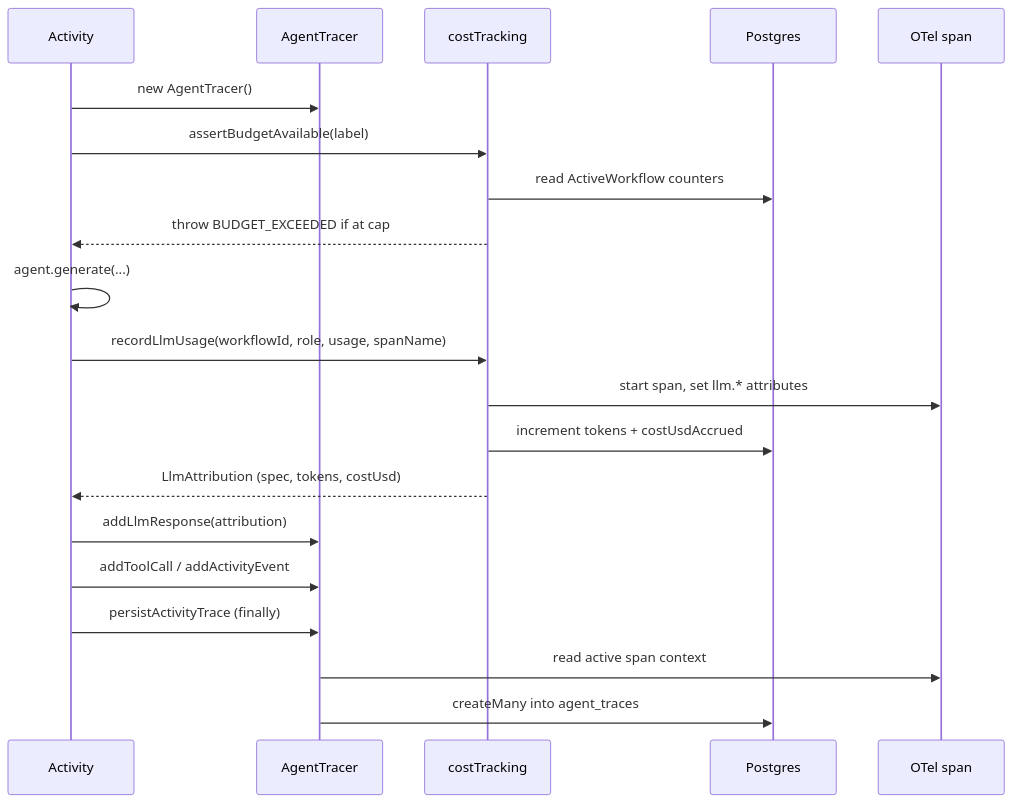
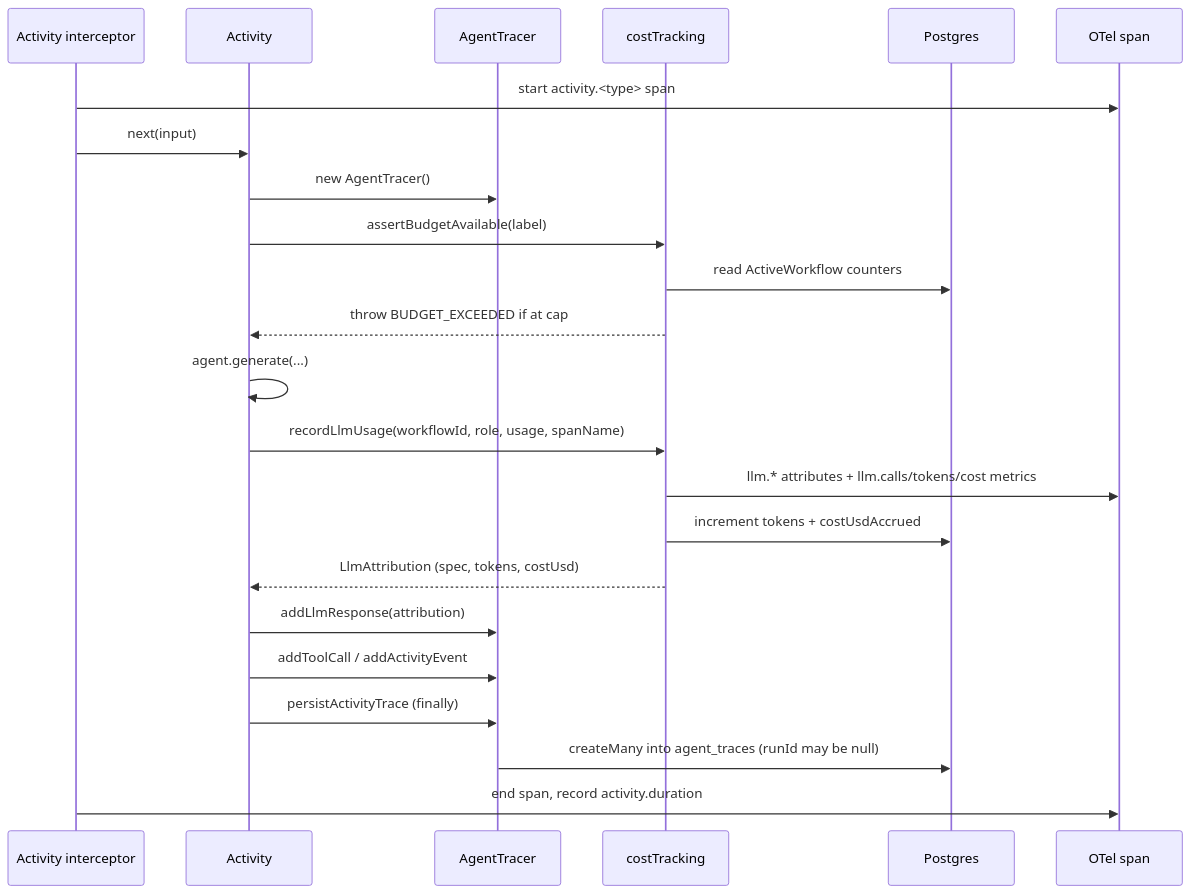
Before and after one commit to yorch/auto-swe: the diagram in wiki/4.5-observability-and-cost.md, drawn with Mermaid. The commit also changed other lines of this file and 12 other files, not shown here.

````diff
--- a/wiki/4.5-observability-and-cost.md
+++ b/wiki/4.5-observability-and-cost.md
@@ -124,23 +181,26 @@
 ```mermaid
 sequenceDiagram
+    participant I as Activity interceptor
     participant A as Activity
     participant T as AgentTracer
     participant C as costTracking
     participant DB as Postgres
     participant O as OTel span
 
+    I->>O: start activity.<type> span
+    I->>A: next(input)
     A->>T: new AgentTracer()
     A->>C: assertBudgetAvailable(label)
     C->>DB: read ActiveWorkflow counters
     C-->>A: throw BUDGET_EXCEEDED if at cap
     A->>A: agent.generate(...)
     A->>C: recordLlmUsage(workflowId, role, usage, spanName)
-    C->>O: start span, set llm.* attributes
+    C->>O: llm.* attributes + llm.calls/tokens/cost metrics
     C->>DB: increment tokens + costUsdAccrued
     C-->>A: LlmAttribution (spec, tokens, costUsd)
     A->>T: addLlmResponse(attribution)
     A->>T: addToolCall / addActivityEvent
     A->>T: persistActivityTrace (finally)
-    T->>O: read active span context
-    T->>DB: createMany into agent_traces
+    T->>DB: createMany into agent_traces (runId may be null)
+    I->>O: end span, record activity.duration
 ```
````
